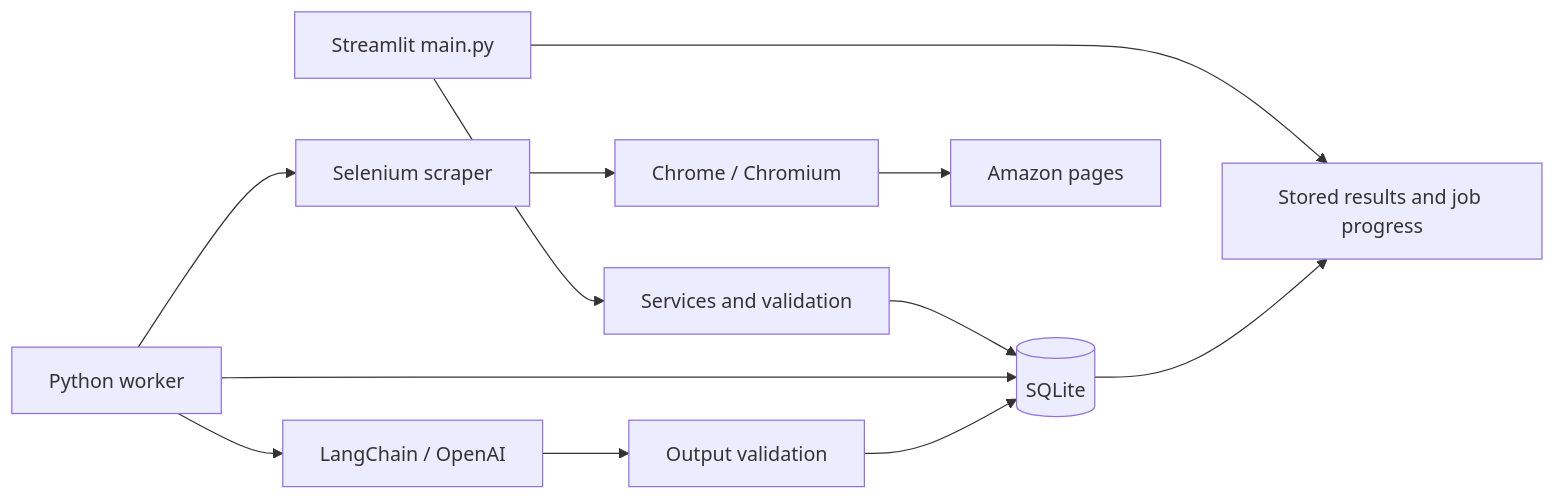
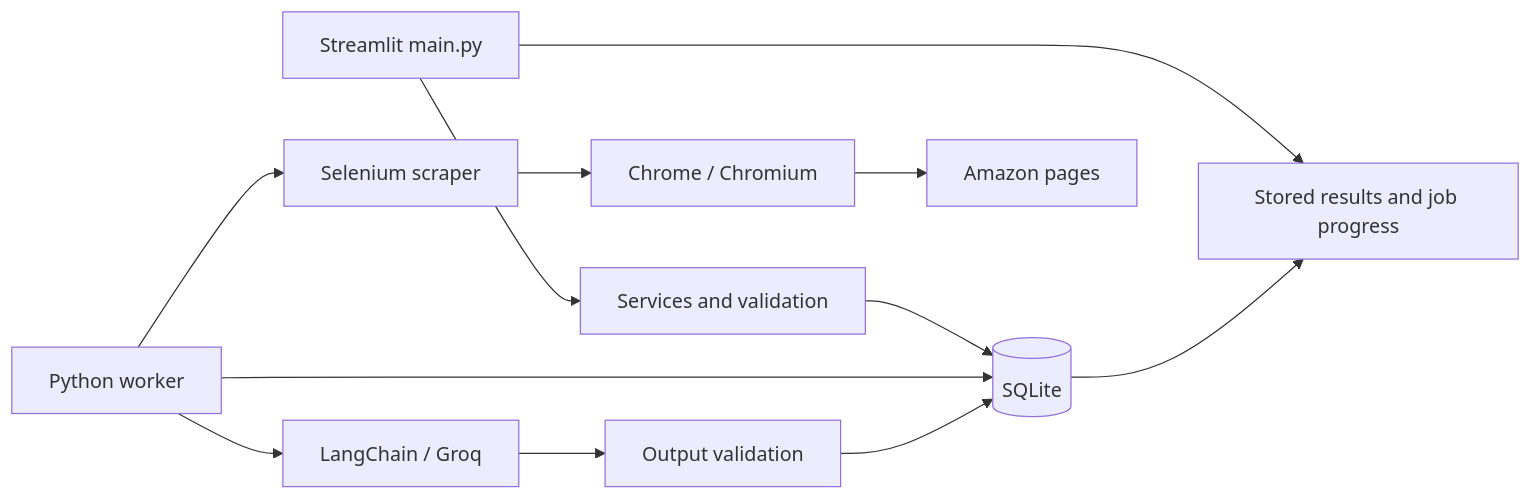
The diagram in IMPLEMENTATION_PLAN.md (tusharg007/AmazonPriceCompetitor), drawn with Mermaid before and after one commit. The commit also changed other lines of this file and 10 other files, not shown here.

Commit message:
Replace OpenAI analysis with Groq

````diff
--- a/IMPLEMENTATION_PLAN.md
+++ b/IMPLEMENTATION_PLAN.md
@@ -54,14 +54,14 @@
 ```mermaid
 flowchart LR
     UI[Streamlit main.py] --> S[Services and validation]
     S --> DB[(SQLite)]
     W[Python worker] --> DB
     W --> SC[Selenium scraper]
     SC --> B[Chrome / Chromium]
     B --> A[Amazon pages]
-    W --> L[LangChain / OpenAI]
+    W --> L[LangChain / Groq]
     L --> V[Output validation]
     V --> DB
     UI --> R[Stored results and job progress]
     DB --> R
 ```
````
